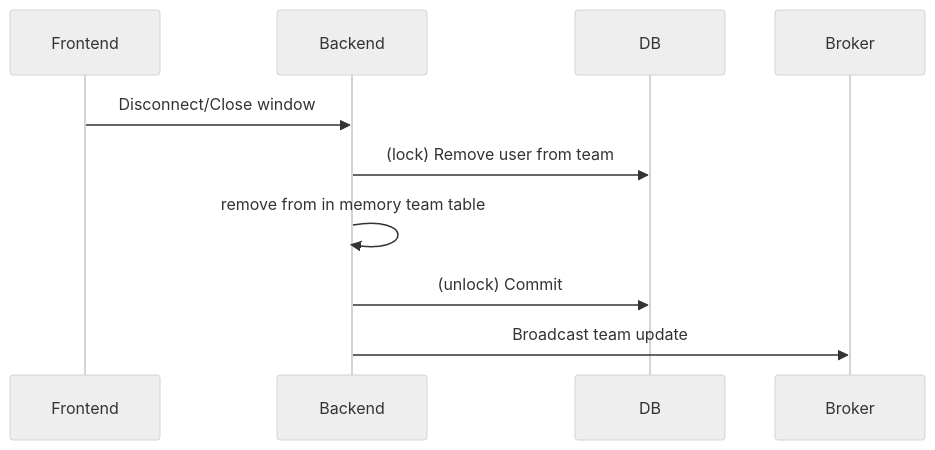
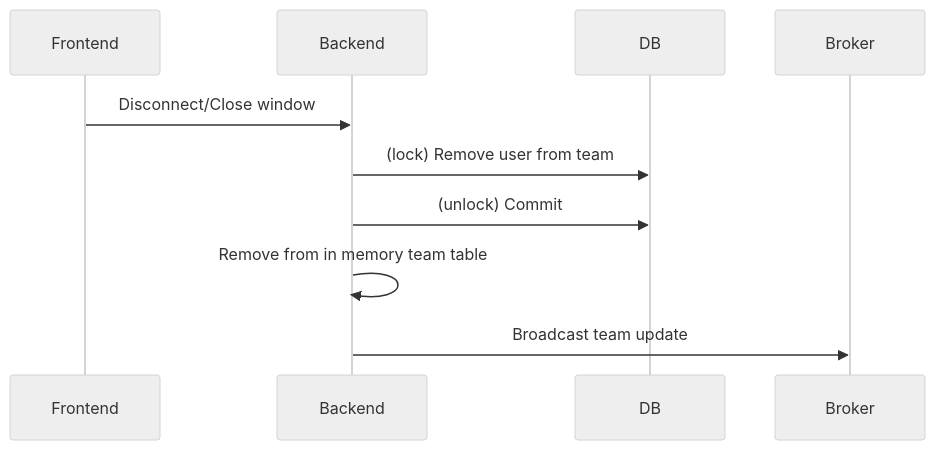
One commit to AlexFangSW/Typephoon changed the fourth of 4 diagrams in docs/workflows/lobby_multi.md. Above: the diagram before and after it, drawn with Mermaid (neutral theme). The commit also changed other lines of this file and 1 other file, not shown here.

````diff
--- a/docs/workflows/lobby_multi.md
+++ b/docs/workflows/lobby_multi.md
@@ -78,8 +79,8 @@
 ```mermaid
 sequenceDiagram
     Frontend ->> Backend: Disconnect/Close window
     Backend ->> DB: (lock) Remove user from team
-    Backend ->> Backend: remove from in memory team table 
     Backend ->> DB: (unlock) Commit
+    Backend ->> Backend: Remove from in memory team table 
     Backend ->> Broker: Broadcast team update
 ```
````
